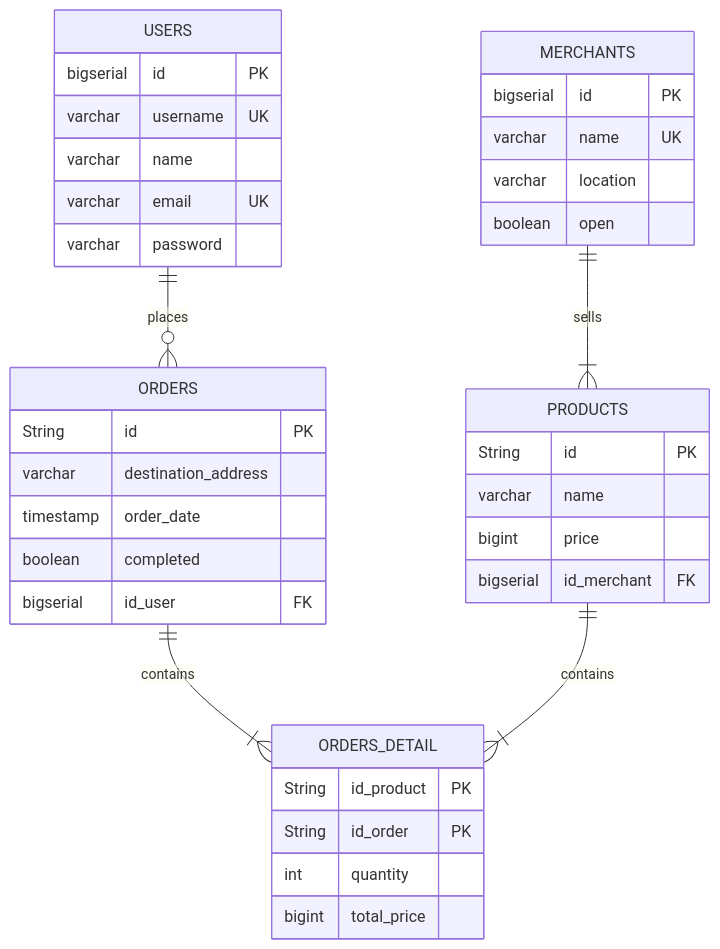
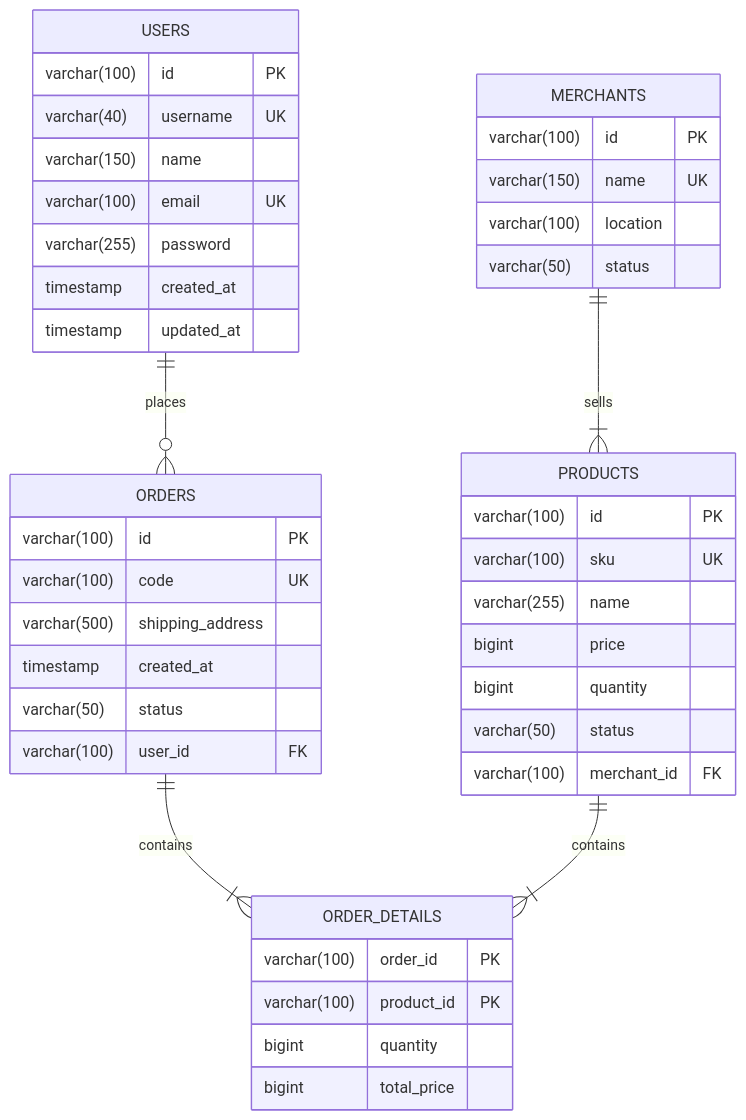
The diagram in binarfud-erd.md (solahkay/binar-bej-challenge-gold), drawn with Mermaid before and after one commit. The commit also changed 54 other files, not shown here.

````diff
--- a/binarfud-erd.md
+++ b/binarfud-erd.md
@@ -5,45 +5,50 @@
 ```mermaid
 erDiagram
     USERS {
-        bigserial id PK
-        varchar username UK
-        varchar name
-        varchar email UK
-        varchar password
+        varchar(100) id PK
+        varchar(40) username UK
+        varchar(150) name
+        varchar(100) email UK
+        varchar(255) password
+        timestamp created_at
+        timestamp updated_at
     }
 
     MERCHANTS {
-        bigserial id PK
-        varchar name UK
-        varchar location
-        boolean open
+        varchar(100) id PK
+        varchar(150) name UK
+        varchar(100) location
+        varchar(50) status
     }
     
     PRODUCTS {
-        String id PK
-        varchar name
+        varchar(100) id PK
+        varchar(100) sku UK
+        varchar(255) name
         bigint price
-        bigserial id_merchant FK
+        bigint quantity
+        varchar(50) status
+        varchar(100) merchant_id FK
     }
     
     ORDERS {
-        String id PK
-        varchar destination_address
-        timestamp order_date
-        boolean completed
-        bigserial id_user FK
+        varchar(100) id PK
+        varchar(100) code UK
+        varchar(500) shipping_address
+        timestamp created_at
+        varchar(50) status
+        varchar(100) user_id FK
     }
     
-    ORDERS_DETAIL {
-        String id_product PK
-        String id_order PK
-        int quantity
+    ORDER_DETAILS {
+        varchar(100) order_id PK
+        varchar(100) product_id PK
+        bigint quantity
         bigint total_price
     }
 
     MERCHANTS ||--|{ PRODUCTS : sells
     USERS ||--o{ ORDERS : places
-    ORDERS ||--|{ ORDERS_DETAIL : contains
-    PRODUCTS ||--|{ ORDERS_DETAIL : contains
-    
+    ORDERS ||--|{ ORDER_DETAILS : contains
+    PRODUCTS ||--|{ ORDER_DETAILS : contains
 ```
````
